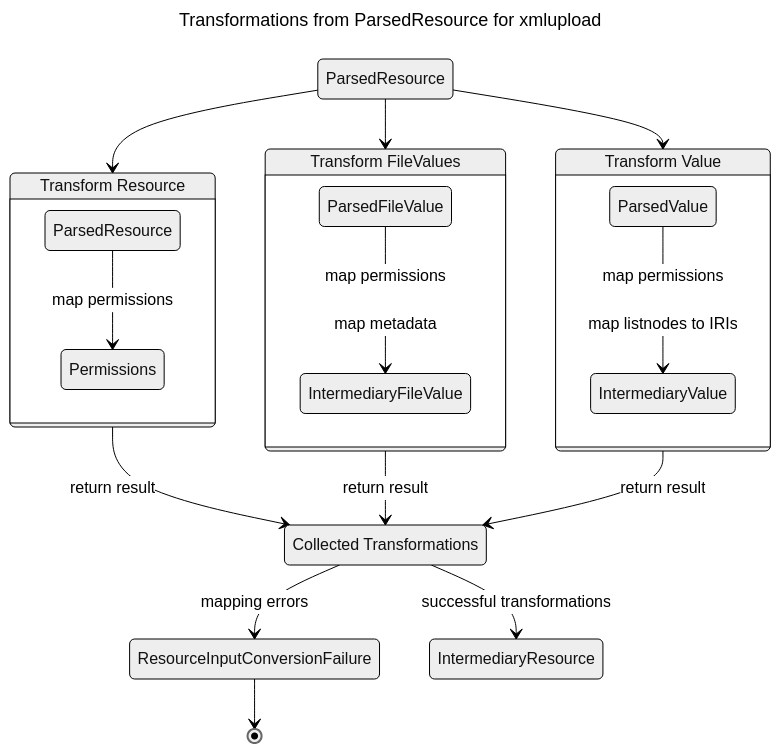
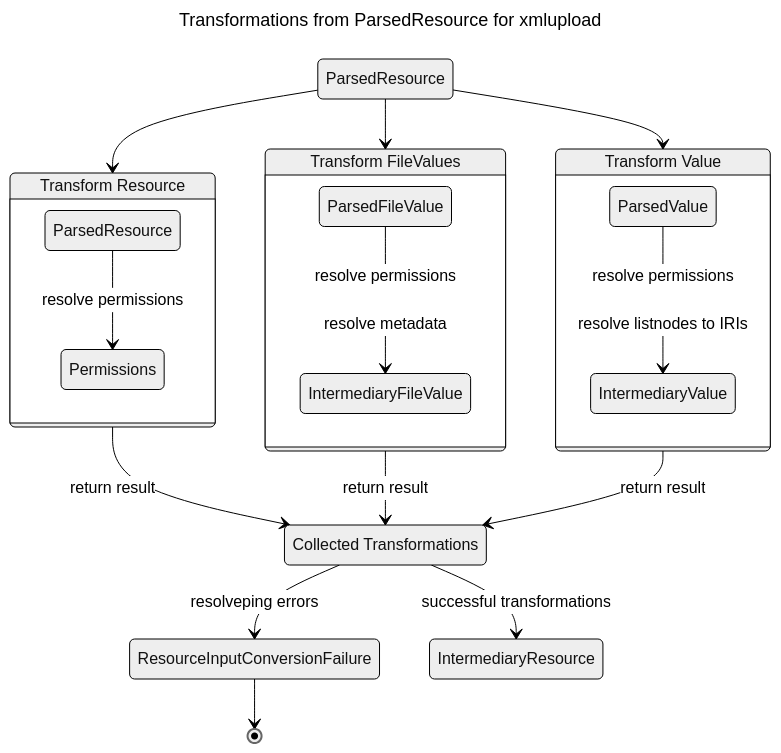
The third of 3 diagrams in docs/developers/architecture.md (dasch-swiss/dsp-tools), drawn with Mermaid (neutral theme) before and after one commit. The commit also changed other lines of this file, not shown here.

````diff
--- a/docs/developers/architecture.md
+++ b/docs/developers/architecture.md
@@ -101,33 +101,33 @@
 ```mermaid
 ---
 title: Transformations from ParsedResource for xmlupload
 ---
 stateDiagram-v2
 
 state "Transform Resource" as transformres
 state "Transform Value" as transfomrationval
 state "Transform FileValues" as transformfile
 state "ParsedValue" as parsedval
 state "ParsedResource" as parsedres
 state "IntermediaryValue" as valdes
 state "Collected Transformations" as coll
 
 parsedres-->transformfile
 parsedres-->transfomrationval
 parsedres-->transformres
 state transformres {
-    ParsedResource-->Permissions: map permissions
+    ParsedResource-->Permissions: resolve permissions
 }
 state transfomrationval {
-    parsedval-->valdes: map permissions<br/><br/>map listnodes to IRIs
+    parsedval-->valdes: resolve permissions<br/><br/>resolve listnodes to IRIs
 }
 state transformfile {
-    ParsedFileValue-->IntermediaryFileValue: map permissions<br/><br/>map metadata
+    ParsedFileValue-->IntermediaryFileValue: resolve permissions<br/><br/>resolve metadata
 }
 transformres-->coll: return result
 transformfile-->coll: return result
 transfomrationval-->coll: return result
-coll-->ResourceInputConversionFailure: mapping errors
+coll-->ResourceInputConversionFailure: resolveping errors
 ResourceInputConversionFailure-->[*]
 coll-->IntermediaryResource: successful transformations
 ```
````
